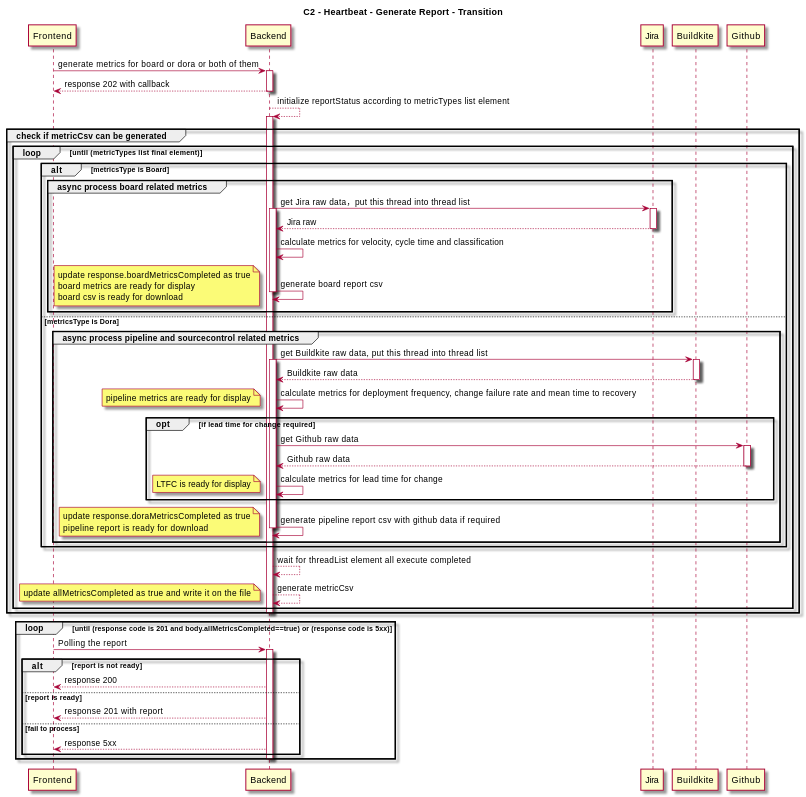
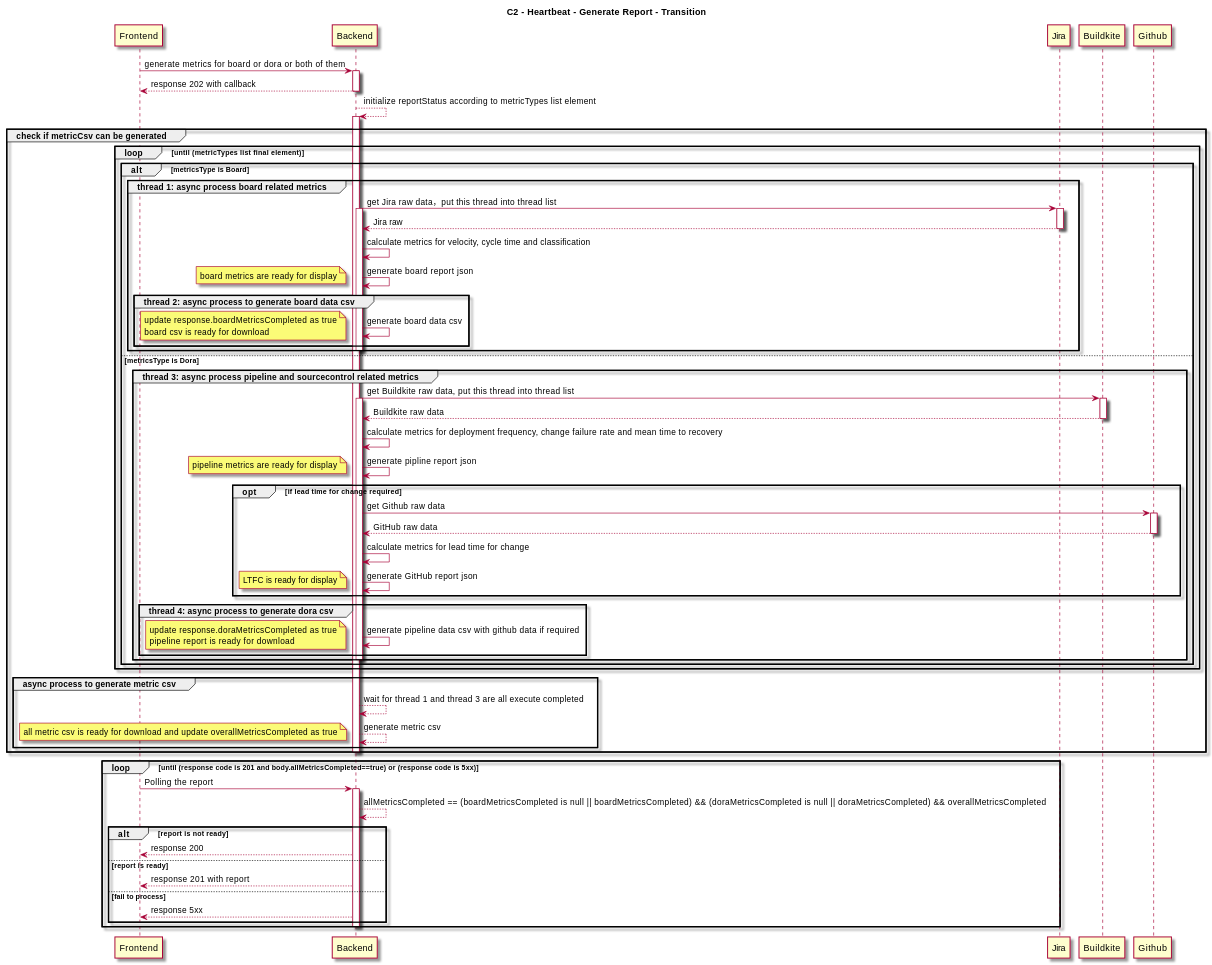
One commit to thoughtworks/HeartBeat changed the second of 2 diagrams in docs/src/content/docs/en/designs/optimize-generate-report.mdx. Above: the diagram before and after it, drawn with PlantUML. The commit also changed 44 other files, not shown here.

First line of the commit message:
ADM-873: [frontend][backend] feat: optimize generate report api (#1271)

```diff
--- a/docs/src/content/docs/en/designs/optimize-generate-report.mdx
+++ b/docs/src/content/docs/en/designs/optimize-generate-report.mdx
@@ -117,65 +117,75 @@
 loop until (metricTypes list final element)
     
     alt metricsType is Board
-        group async process board related metrics
+        group thread 1: async process board related metrics
             Backend -> Jira: get Jira raw data，put this thread into thread list
             activate Backend
             activate Jira
             Jira --> Backend: Jira raw 
             deactivate Jira
             Backend -> Backend: calculate metrics for velocity, cycle time and classification
-            Backend -> Backend: generate board report csv
+            Backend -> Backend: generate board report json
+            note left
+                board metrics are ready for display
+            end note
+            group thread 2: async process to generate board data csv
+              Backend -> Backend: generate board data csv
+              note left
+                update response.boardMetricsCompleted as true
+                board csv is ready for download
+              end note
+            end
             deactivate Backend
-            note left
-                update response.boardMetricsCompleted as true
-                board metrics are ready for display
-                board csv is ready for download
-            end note
         end
-        
-        
     else metricsType is Dora
-        group async process pipeline and sourcecontrol related metrics
+        group thread 3: async process pipeline and sourcecontrol related metrics
             Backend -> Buildkite: get Buildkite raw data, put this thread into thread list
             activate Backend
             activate Buildkite
             Buildkite --> Backend: Buildkite raw data
             deactivate Buildkite
             Backend -> Backend: calculate metrics for deployment frequency, change failure rate and mean time to recovery
+            Backend -> Backend: generate pipline report json
             note left
                 pipeline metrics are ready for display
             end note
             opt if lead time for change required
                 Backend -> Github: get Github raw data
                 activate  Github
-                Github --> Backend: Github raw data
+                Github --> Backend: GitHub raw data
                 deactivate Github
                 Backend -> Backend: calculate metrics for lead time for change
+                Backend -> Backend: generate GitHub report json
                 note left
                     LTFC is ready for display
                 end note
             end
-            Backend -> Backend: generate pipeline report csv with github data if required
-            note left
-                update response.doraMetricsCompleted as true
-                pipeline report is ready for download
-            end note
+            group thread 4: async process to generate dora csv
+                Backend -> Backend: generate pipeline data csv with github data if required
+              note left
+                  update response.doraMetricsCompleted as true
+                  pipeline report is ready for download
+              end note
+            end
             deactivate Backend
         end
     end
+   end
      
-     Backend --> Backend: wait for threadList element all execute completed
-     Backend --> Backend: generate metricCsv
-     note left
-     update allMetricsCompleted as true and write it on the file
-     end note
-end 
+  group async process to generate metric csv
+       Backend --> Backend: wait for thread 1 and thread 3 are all execute completed
+       Backend --> Backend: generate metric csv
+       note left
+          all metric csv is ready for download and update overallMetricsCompleted as true
+       end note
+  end
     deactivate Backend
 end 
 
-loop until (response code is 201 and body.allMetricsCompleted==true) or (response code is 5xx) 
+loop until (response code is 201 and body.allMetricsCompleted==true) or (response code is 5xx)
     Frontend -> Backend: Polling the report
     activate Backend
+    Backend --> Backend: allMetricsCompleted == (boardMetricsCompleted is null || boardMetricsCompleted) && (doraMetricsCompleted is null || doraMetricsCompleted) && overallMetricsCompleted
     alt report is not ready
         Backend --> Frontend: response 200
     else report is ready
```
